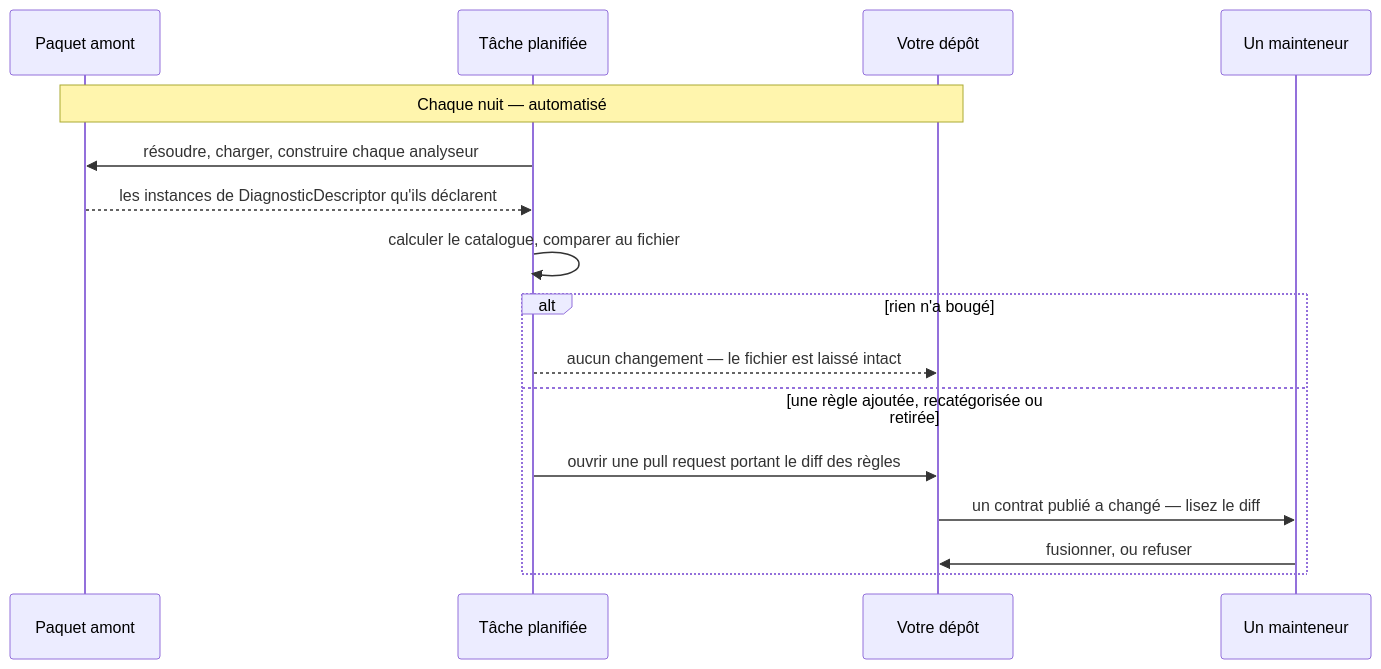
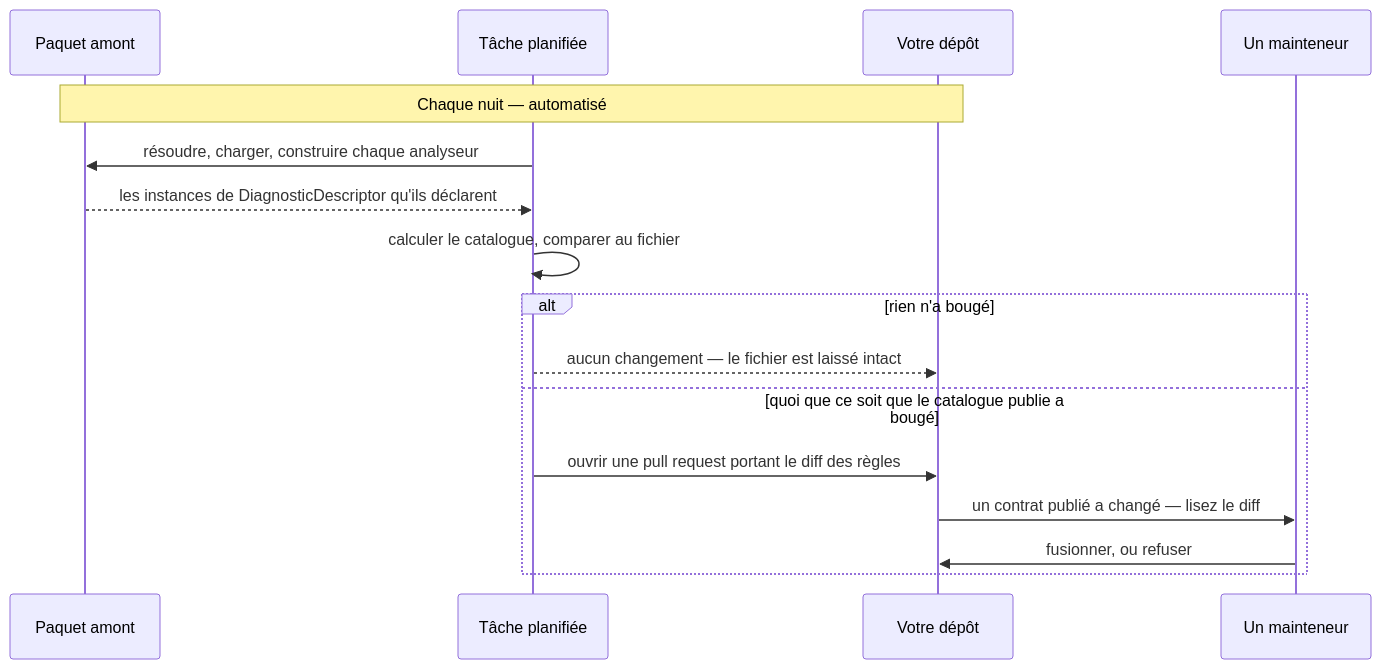
One commit to Reefact/diagnostic-catalog changed the diagram in doc/guide/ci-integration.fr.md. Above: the diagram before and after it, drawn with Mermaid. The commit also changed 70 other files, not shown here.

````diff
--- a/doc/guide/ci-integration.fr.md
+++ b/doc/guide/ci-integration.fr.md
@@ -26,19 +26,19 @@
 ```mermaid
 sequenceDiagram
     participant U as Paquet amont
     participant J as Tâche planifiée
     participant R as Votre dépôt
     participant M as Un mainteneur
 
     Note over U,R: Chaque nuit — automatisé
     J->>U: résoudre, charger, construire chaque analyseur
     U-->>J: les instances de DiagnosticDescriptor qu'ils déclarent
     J->>J: calculer le catalogue, comparer au fichier
     alt rien n'a bougé
         J-->>R: aucun changement — le fichier est laissé intact
-    else une règle ajoutée, recatégorisée ou retirée
+    else quoi que ce soit que le catalogue publie a bougé
         J->>R: ouvrir une pull request portant le diff des règles
         R->>M: un contrat publié a changé — lisez le diff
         M->>R: fusionner, ou refuser
     end
 ```
````
